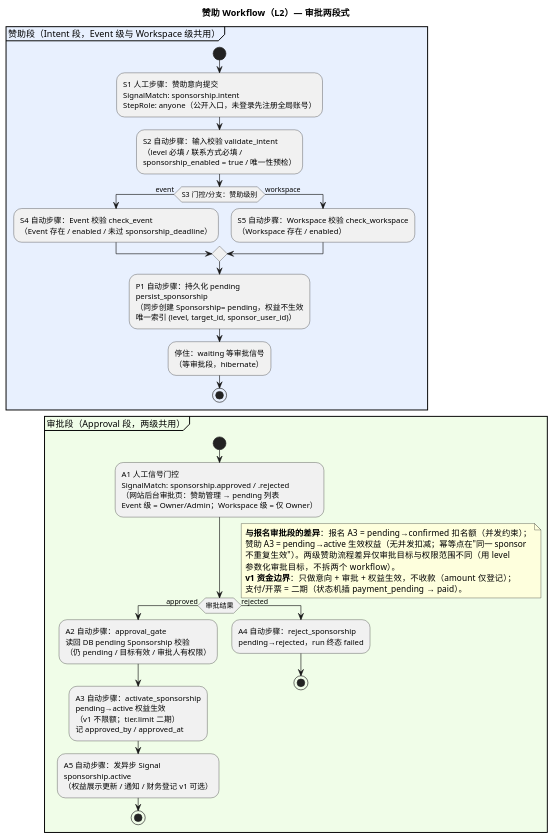
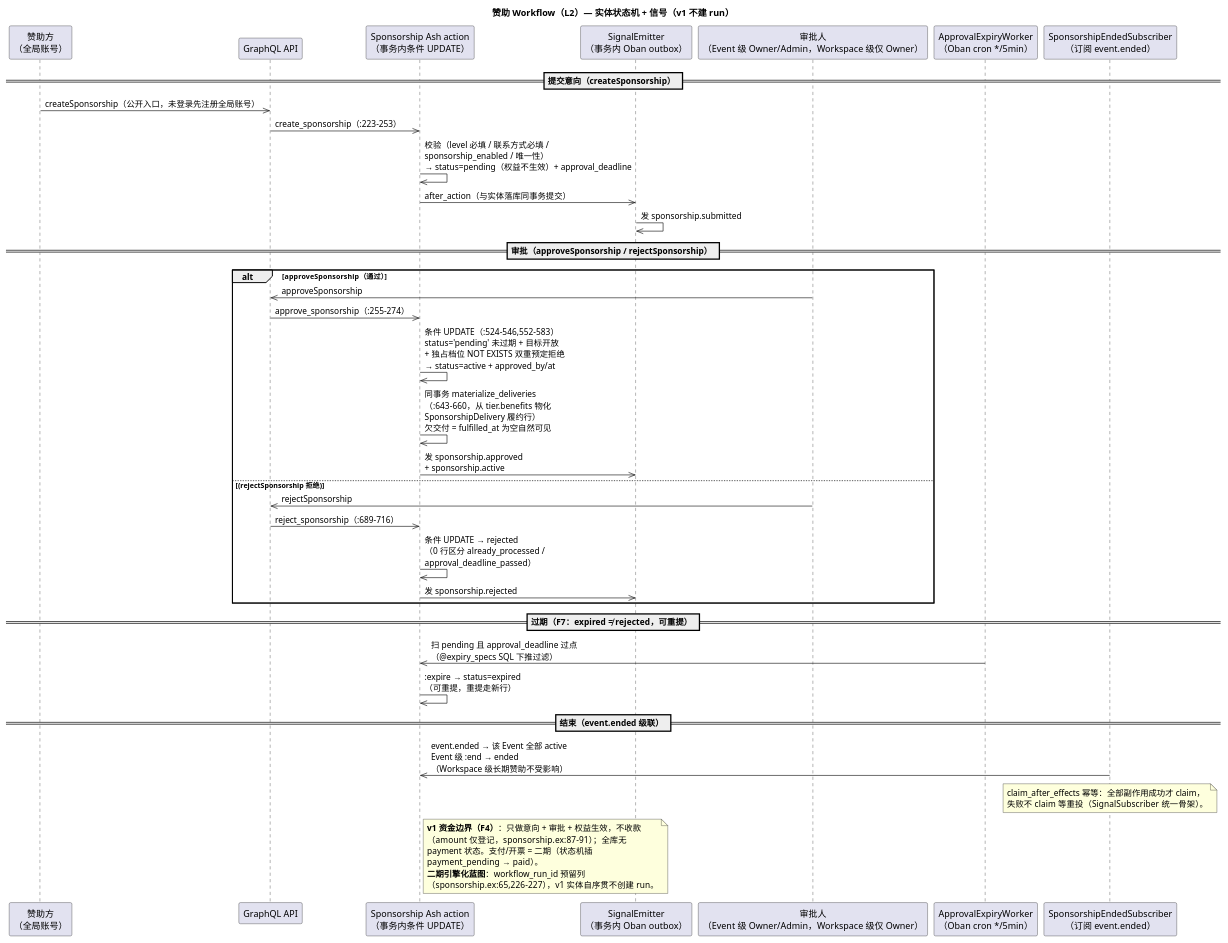
One commit to CodingGirlsClub/cgc_2046 changed the diagram in docs/diagrams/workflow-sponsorship.puml. Above: the diagram before and after it, drawn with PlantUML. The commit also changed 31 other files, not shown here.

First line of the commit message:
refactor(workflows): 落实漂移裁决 R2/R3 + 图侧全量还账（R1/R4-R7/R9）

```diff
--- a/docs/diagrams/workflow-sponsorship.puml
+++ b/docs/diagrams/workflow-sponsorship.puml
@@ -1,51 +1,64 @@
 @startuml workflow-sponsorship
 ' ============================================================
-' L2 - 赞助 Workflow DAG（type=sponsorship）
-' 事实来源：docs/01-定稿设计/赞助workflow详细设计.md v1.1 §2.1/§2.2
-' 说明：与报名 request 策略同构（审批两段式）；两级赞助 =
-'   Event 级（单场）+ Workspace 级（长期）；v1 只做意向+审批+权益
-'   生效，不收款（§3.3 资金边界）。
+' L2 - 赞助 Workflow（v1：实体状态机 + 信号，不建 WorkflowRun）
+' 事实来源：backend/lib/cgc_2046/events/sponsorship.ex:33-36,223-291,503-583,
+'   643-660,689-716,732-781 · events/sponsorship_ended_subscriber.ex:12-14 ·
+'   workers/approval_expiry_worker.ex:78-84,190-195
+' 说明：与报名同构（实体自序贯 + SignalEmitter outbox）。
+'   二期引擎化蓝图：workflow_run_id 预留列（sponsorship.ex:65,226-227）。
+'   v1 不收款——无 payment 状态，amount 仅登记；支付/开票 = 二期
+'   （F4：状态机插 payment_pending → paid）。
 ' ============================================================
-title 赞助 Workflow（L2）— 审批两段式
+title 赞助 Workflow（L2）— 实体状态机 + 信号（v1 不建 run）
 skinparam backgroundColor white
 
-' ---------------- 赞助段（Intent 段，Event 级与 Workspace 级共用） ----------------
-partition "赞助段（Intent 段，Event 级与 Workspace 级共用）" #E8F0FE {
-    start
-    :S1 人工步骤：赞助意向提交\nSignalMatch: sponsorship.intent\nStepRole: anyone（公开入口，未登录先注册全局账号）;
-    :S2 自动步骤：输入校验 validate_intent\n（level 必填 / 联系方式必填 /\nsponsorship_enabled = true / 唯一性预检）;
-    if (S3 门控/分支：赞助级别) then (event)
-        :S4 自动步骤：Event 校验 check_event\n（Event 存在 / enabled / 未过 sponsorship_deadline）;
-    else (workspace)
-        :S5 自动步骤：Workspace 校验 check_workspace\n（Workspace 存在 / enabled）;
-    endif
-    :P1 自动步骤：持久化 pending\npersist_sponsorship\n（同步创建 Sponsorship= pending，权益不生效\n唯一索引 (level, target_id, sponsor_user_id)）;
-    :停住：waiting 等审批信号\n（等审批段，hibernate）;
-    stop
-}
+participant "赞助方\n（全局账号）" as SPONSOR
+participant "GraphQL API" as GQL
+participant "Sponsorship Ash action\n（事务内条件 UPDATE）" as ACT
+participant "SignalEmitter\n（事务内 Oban outbox）" as SIG
+participant "审批人\n（Event 级 Owner/Admin，Workspace 级仅 Owner）" as ADMIN
+participant "ApprovalExpiryWorker\n（Oban cron */5min）" as EXP
+participant "SponsorshipEndedSubscriber\n（订阅 event.ended）" as ENDSUB
 
-' ---------------- 审批段（Approval 段，两级共用，参数化审批目标） ----------------
-partition "审批段（Approval 段，两级共用）" #F0FDE8 {
-    start
-    :A1 人工信号门控\nSignalMatch: sponsorship.approved / .rejected\n（网站后台审批页：赞助管理 → pending 列表\nEvent 级 = Owner/Admin；Workspace 级 = 仅 Owner）;
-    if (审批结果) then (approved)
-        :A2 自动步骤：approval_gate\n读回 DB pending Sponsorship 校验\n（仍 pending / 目标有效 / 审批人有权限）;
-        :A3 自动步骤：activate_sponsorship\npending→active 权益生效\n（v1 不限额；tier.limit 二期）\n记 approved_by / approved_at;
-        :A5 自动步骤：发异步 Signal\nsponsorship.active\n（权益展示更新 / 通知 / 财务登记 v1 可选）;
-        stop
-    else (rejected)
-        :A4 自动步骤：reject_sponsorship\npending→rejected，run 终态 failed;
-        stop
-    endif
-}
+== 提交意向（createSponsorship） ==
+SPONSOR ->> GQL: createSponsorship（公开入口，未登录先注册全局账号）
+GQL ->> ACT: create_sponsorship（:223-253）
+ACT ->> ACT: 校验（level 必填 / 联系方式必填 /\nsponsorship_enabled / 唯一性）\n→ status=pending（权益不生效）+ approval_deadline
+ACT ->> SIG: after_action（与实体落库同事务提交）
+SIG ->> SIG: 发 sponsorship.submitted
 
-note right
-  **与报名审批段的差异**：报名 A3 = pending→confirmed 扣名额（并发约束）；
-  赞助 A3 = pending→active 生效权益（无并发扣减；幂等点在"同一 sponsor
-  不重复生效"）。两级赞助流程差异仅审批目标与权限范围不同（用 level
-  参数化审批目标，不拆两个 workflow）。
-  **v1 资金边界**：只做意向 + 审批 + 权益生效，不收款（amount 仅登记）；
-  支付/开票 = 二期（状态机插 payment_pending → paid）。
+== 审批（approveSponsorship / rejectSponsorship） ==
+alt approveSponsorship（通过）
+    ADMIN ->> GQL: approveSponsorship
+    GQL ->> ACT: approve_sponsorship（:255-274）
+    ACT ->> ACT: 条件 UPDATE（:524-546,552-583）\nstatus='pending' 未过期 + 目标开放\n+ 独占档位 NOT EXISTS 双重预定拒绝\n→ status=active + approved_by/at
+    ACT ->> ACT: 同事务 materialize_deliveries\n（:643-660，从 tier.benefits 物化\nSponsorshipDelivery 履约行）\n欠交付 = fulfilled_at 为空自然可见
+    ACT ->> SIG: 发 sponsorship.approved\n+ sponsorship.active
+else (rejectSponsorship 拒绝)
+    ADMIN ->> GQL: rejectSponsorship
+    GQL ->> ACT: reject_sponsorship（:689-716）
+    ACT ->> ACT: 条件 UPDATE → rejected\n（0 行区分 already_processed /\napproval_deadline_passed）
+    ACT ->> SIG: 发 sponsorship.rejected
+end
+
+== 过期（F7：expired ≠ rejected，可重提） ==
+EXP ->> ACT: 扫 pending 且 approval_deadline 过点\n（@expiry_specs SQL 下推过滤）
+ACT ->> ACT: :expire → status=expired\n（可重提，重提走新行）
+
+== 结束（event.ended 级联） ==
+ENDSUB ->> ACT: event.ended → 该 Event 全部 active\nEvent 级 :end → ended\n（Workspace 级长期赞助不受影响）
+note over ENDSUB
+  claim_after_effects 幂等：全部副作用成功才 claim，
+  失败不 claim 等重投（SignalSubscriber 统一骨架）。
+end note
+
+note right of ACT
+  **v1 资金边界（F4）**：只做意向 + 审批 + 权益生效，不收款
+  （amount 仅登记，sponsorship.ex:87-91）；全库无
+  payment 状态。支付/开票 = 二期（状态机插
+  payment_pending → paid）。
+  **二期引擎化蓝图**：workflow_run_id 预留列
+  （sponsorship.ex:65,226-227），v1 实体自序贯不创建 run。
 end note
 
 @enduml
```
